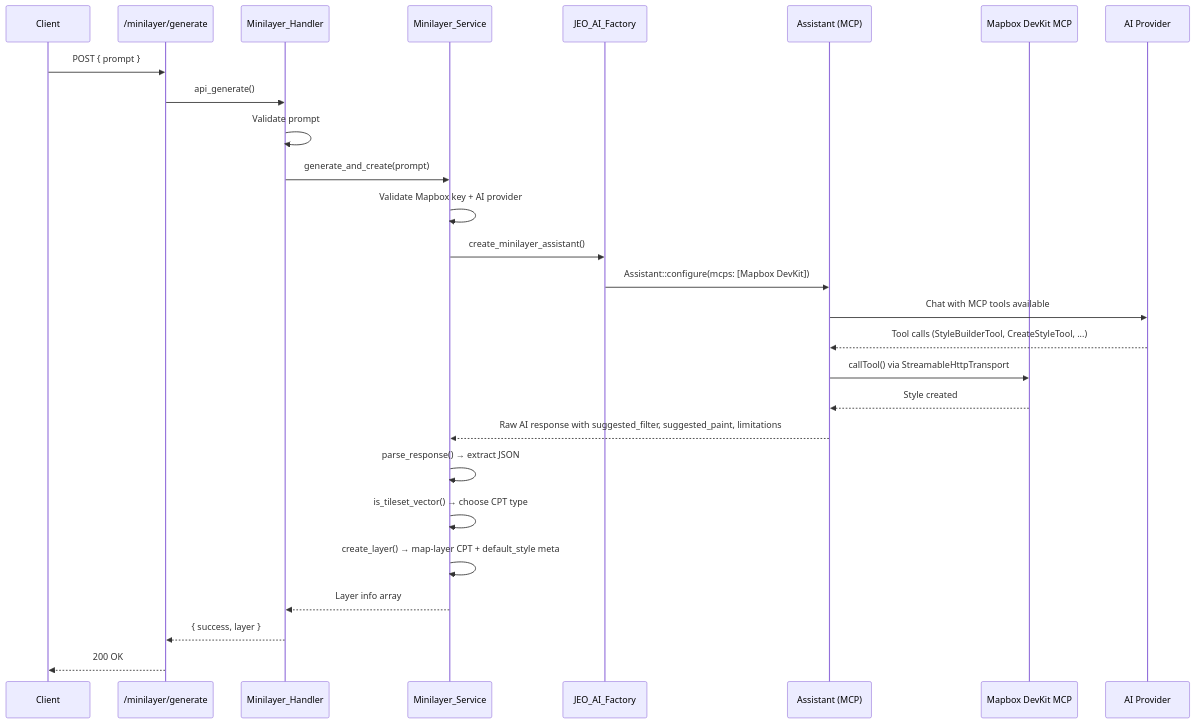
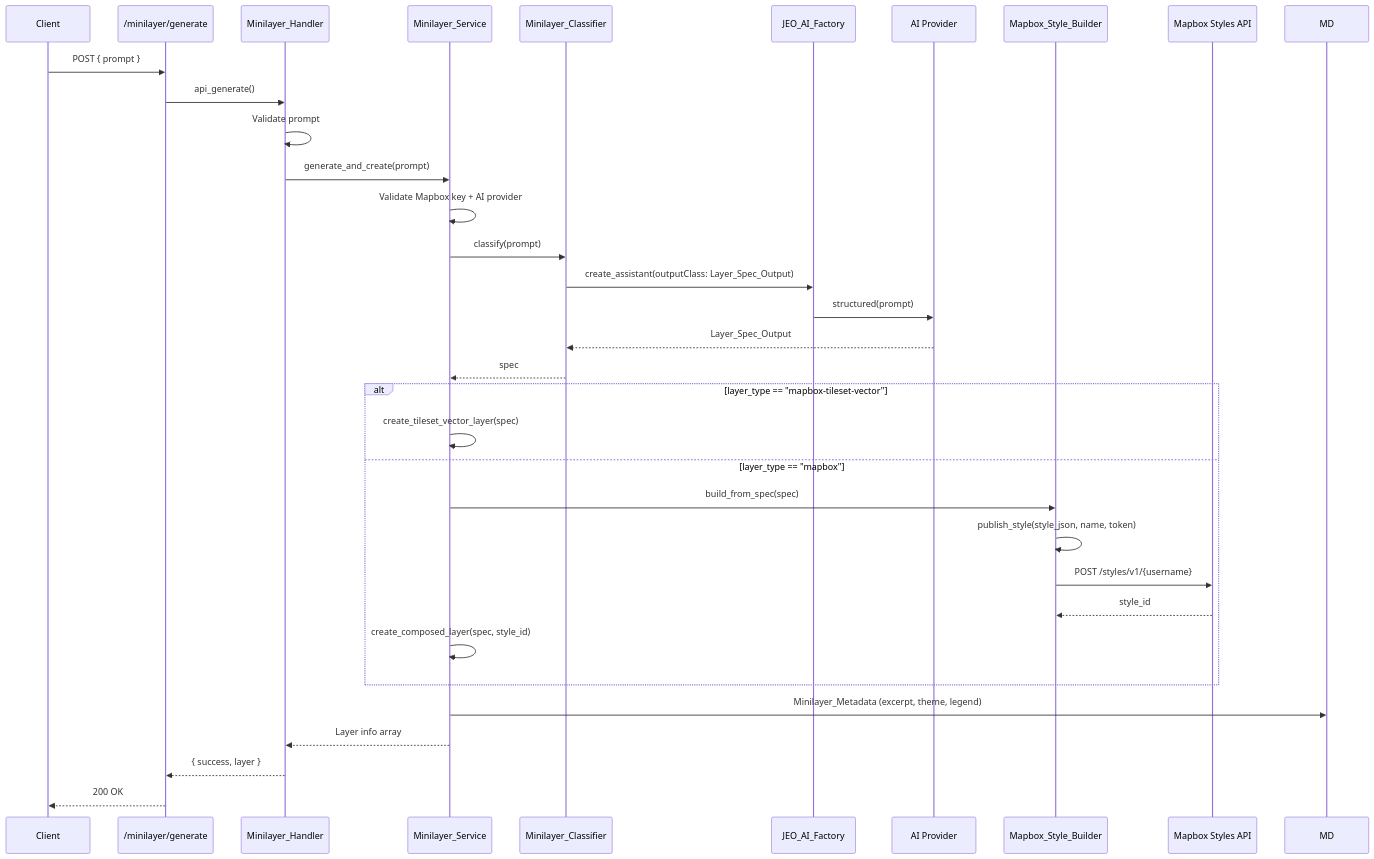
The diagram in .architecture/minilayer/README.md (InfoAmazonia/jeo-plugin), drawn with Mermaid before and after one commit. The commit also changed other lines of this file and 10 other files, not shown here.

First line of the commit message:
feat(ai): deterministic minilayer classifier, remove DevKit MCP, add metadata/legend enrichment

````diff
--- a/.architecture/minilayer/README.md
+++ b/.architecture/minilayer/README.md
@@ -19,30 +24,36 @@
 ```mermaid
 sequenceDiagram
     participant Client
     participant REST as /minilayer/generate
     participant H as Minilayer_Handler
     participant S as Minilayer_Service
+    participant C as Minilayer_Classifier
     participant F as JEO_AI_Factory
-    participant A as Assistant (MCP)
-    participant MCP as Mapbox DevKit MCP
     participant LLM as AI Provider
+    participant B as Mapbox_Style_Builder
+    participant M as Mapbox Styles API
 
     Client->>REST: POST { prompt }
     REST->>H: api_generate()
     H->>H: Validate prompt
     H->>S: generate_and_create(prompt)
     S->>S: Validate Mapbox key + AI provider
-    S->>F: create_minilayer_assistant()
-    F->>A: Assistant::configure(mcps: [Mapbox DevKit])
-    A->>LLM: Chat with MCP tools available
-    LLM-->>A: Tool calls (StyleBuilderTool, CreateStyleTool, ...)
-    A->>MCP: callTool() via StreamableHttpTransport
-    MCP-->>A: Style created
-    A-->>S: Raw AI response with suggested_filter, suggested_paint, limitations
-    S->>S: parse_response() → extract JSON
-    S->>S: is_tileset_vector() → choose CPT type
-    S->>S: create_layer() → map-layer CPT + default_style meta
+    S->>C: classify(prompt)
+    C->>F: create_assistant(outputClass: Layer_Spec_Output)
+    F->>LLM: structured(prompt)
+    LLM-->>C: Layer_Spec_Output
+    C-->>S: spec
+    alt layer_type == "mapbox-tileset-vector"
+        S->>S: create_tileset_vector_layer(spec)
+    else layer_type == "mapbox"
+        S->>B: build_from_spec(spec)
+        B->>B: publish_style(style_json, name, token)
+        B->>M: POST /styles/v1/{username}
+        M-->>B: style_id
+        S->>S: create_composed_layer(spec, style_id)
+    end
+    S->>MD: Minilayer_Metadata (excerpt, theme, legend)
     S-->>H: Layer info array
     H-->>REST: { success, layer }
     REST-->>Client: 200 OK
 ```
````
